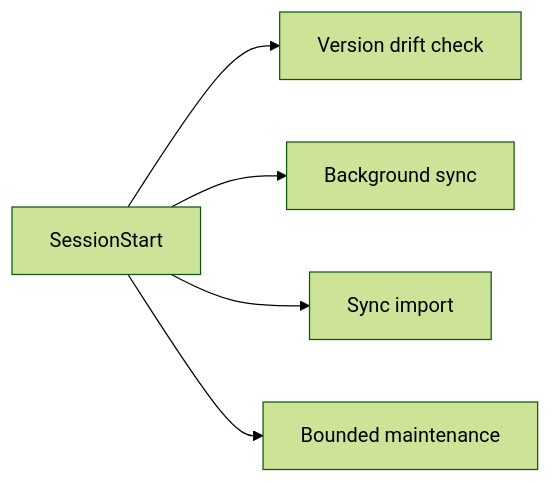
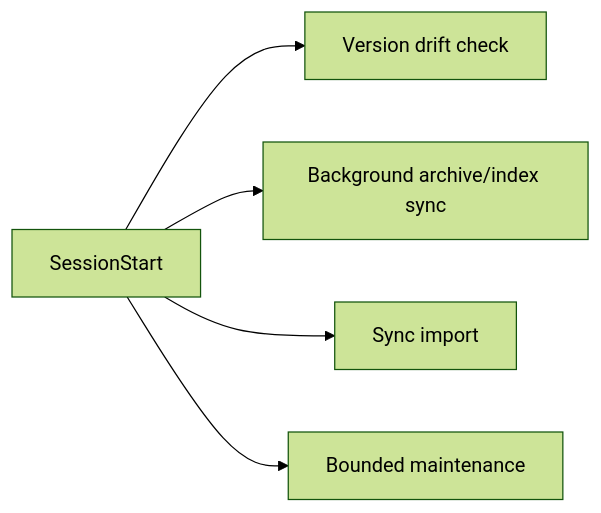
Before and after one commit to BongSuCHOI/memex: the second of 2 diagrams in docs/CONVERSATION-LIFECYCLE.md, drawn with Mermaid (forest theme). The commit also changed other lines of this file and 21 other files, not shown here.

````diff
--- a/docs/CONVERSATION-LIFECYCLE.md
+++ b/docs/CONVERSATION-LIFECYCLE.md
@@ -130,7 +68,7 @@
 ```mermaid
 flowchart LR
-    S[SessionStart] --> D[Version drift check]
-    S --> Y[Background sync]
+    S[SessionStart] --> V[Version drift check]
+    S --> A[Background archive/index sync]
     S --> I[Sync import]
     S --> M[Bounded maintenance]
 ```
````
